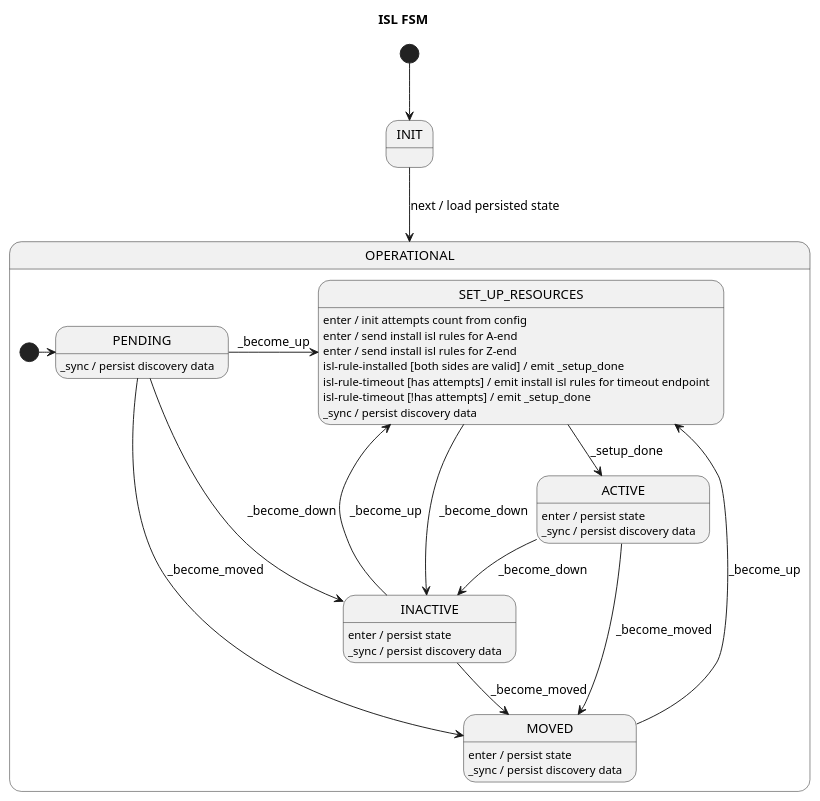
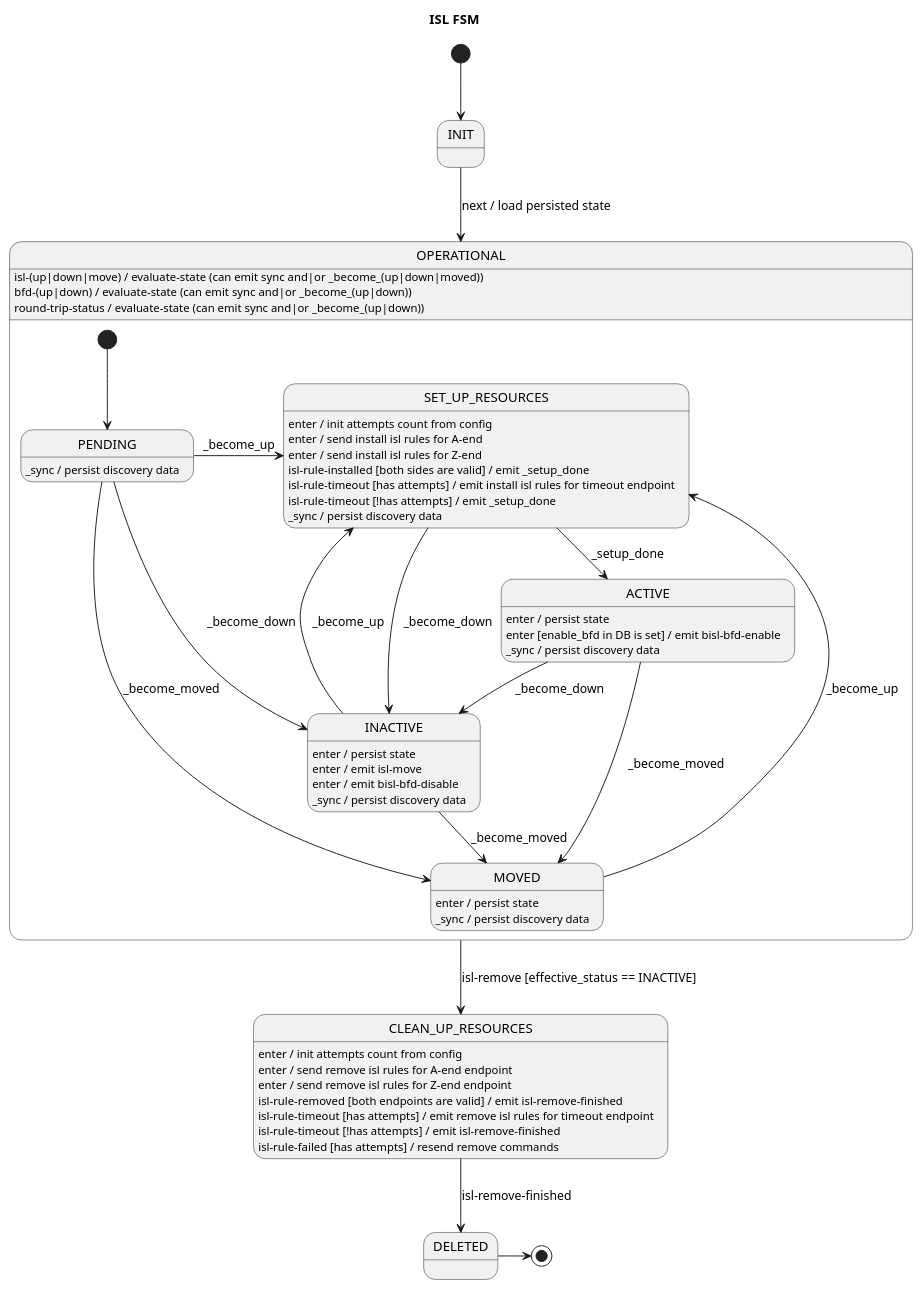
Before and after one commit to surabujin/open-kilda: the first of 2 diagrams in docs/design/network-discovery/ISL-FSM.puml, drawn with PlantUML.

```diff
--- a/docs/design/network-discovery/ISL-FSM.puml
+++ b/docs/design/network-discovery/ISL-FSM.puml
@@ -33,40 +33,58 @@
 @startuml
 title ISL FSM
 
 [*] --> INIT
 
 INIT --> OPERATIONAL : next / load persisted state
 
 state OPERATIONAL {
-    [*] -r-> PENDING
+    [*] --> PENDING
 
     PENDING -r-> SET_UP_RESOURCES : _become_up
     PENDING --> INACTIVE : _become_down
     PENDING --> MOVED : _become_moved
     PENDING : _sync / persist discovery data
 
     SET_UP_RESOURCES --> ACTIVE : _setup_done
     SET_UP_RESOURCES --> INACTIVE : _become_down
     SET_UP_RESOURCES : enter / init attempts count from config
     SET_UP_RESOURCES : enter / send install isl rules for A-end
     SET_UP_RESOURCES : enter / send install isl rules for Z-end
     SET_UP_RESOURCES : isl-rule-installed [both sides are valid] / emit _setup_done
     SET_UP_RESOURCES : isl-rule-timeout [has attempts] / emit install isl rules for timeout endpoint
     SET_UP_RESOURCES : isl-rule-timeout [!has attempts] / emit _setup_done
     SET_UP_RESOURCES : _sync / persist discovery data
 
     ACTIVE --> INACTIVE : _become_down
     ACTIVE --> MOVED : _become_moved
     ACTIVE : enter / persist state
+    ACTIVE : enter [enable_bfd in DB is set] / emit bisl-bfd-enable
     ACTIVE : _sync / persist discovery data
 
     INACTIVE --> SET_UP_RESOURCES : _become_up
     INACTIVE -d-> MOVED : _become_moved
     INACTIVE : enter / persist state
+    INACTIVE : enter / emit isl-move
+    INACTIVE : enter / emit bisl-bfd-disable
     INACTIVE : _sync / persist discovery data
 
     MOVED --> SET_UP_RESOURCES : _become_up
     MOVED : enter / persist state
     MOVED : _sync / persist discovery data
 }
+OPERATIONAL --> CLEAN_UP_RESOURCES : isl-remove [effective_status == INACTIVE]
+OPERATIONAL : isl-(up|down|move) / evaluate-state (can emit sync and|or _become_(up|down|moved))
+OPERATIONAL : bfd-(up|down) / evaluate-state (can emit sync and|or _become_(up|down))
+OPERATIONAL : round-trip-status / evaluate-state (can emit sync and|or _become_(up|down))
+
+CLEAN_UP_RESOURCES : enter / init attempts count from config
+CLEAN_UP_RESOURCES : enter / send remove isl rules for A-end endpoint
+CLEAN_UP_RESOURCES : enter / send remove isl rules for Z-end endpoint
+CLEAN_UP_RESOURCES : isl-rule-removed [both endpoints are valid] / emit isl-remove-finished
+CLEAN_UP_RESOURCES : isl-rule-timeout [has attempts] / emit remove isl rules for timeout endpoint
+CLEAN_UP_RESOURCES : isl-rule-timeout [!has attempts] / emit isl-remove-finished
+CLEAN_UP_RESOURCES : isl-rule-failed [has attempts] / resend remove commands
+CLEAN_UP_RESOURCES --> DELETED : isl-remove-finished
+
+DELETED -> [*]
 @enduml
```
